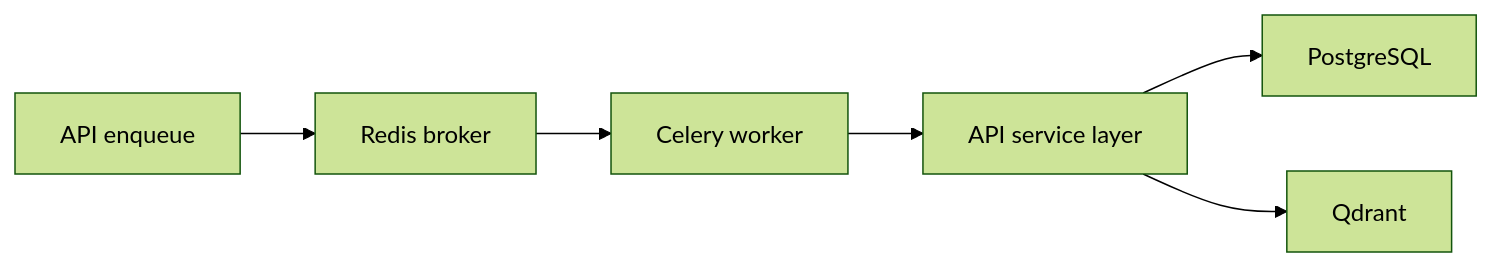
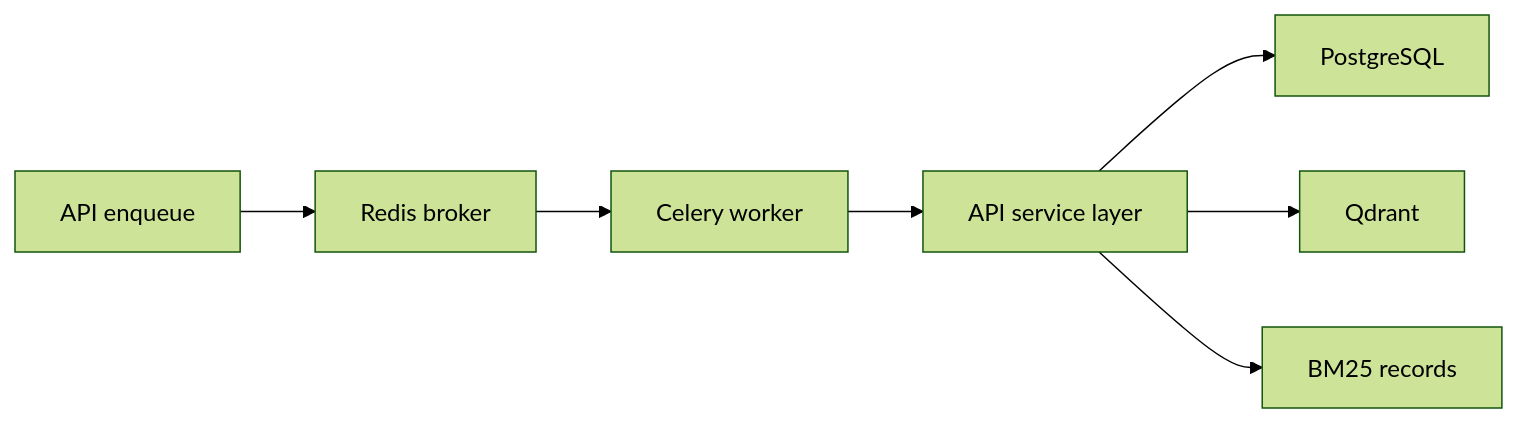
The diagram in apps/worker/README.md (Sggggt/SymboGraph), drawn with Mermaid (forest theme) before and after one commit. The commit also changed other lines of this file and 123 other files, not shown here.

````diff
--- a/apps/worker/README.md
+++ b/apps/worker/README.md
@@ -28,8 +26,9 @@
 ```mermaid
 flowchart LR
     API["API enqueue"] --> R["Redis broker"]
     R --> W["Celery worker"]
     W --> S["API service layer"]
     S --> PG["PostgreSQL"]
     S --> Q["Qdrant"]
+    S --> BM["BM25 records"]
 ```
````
